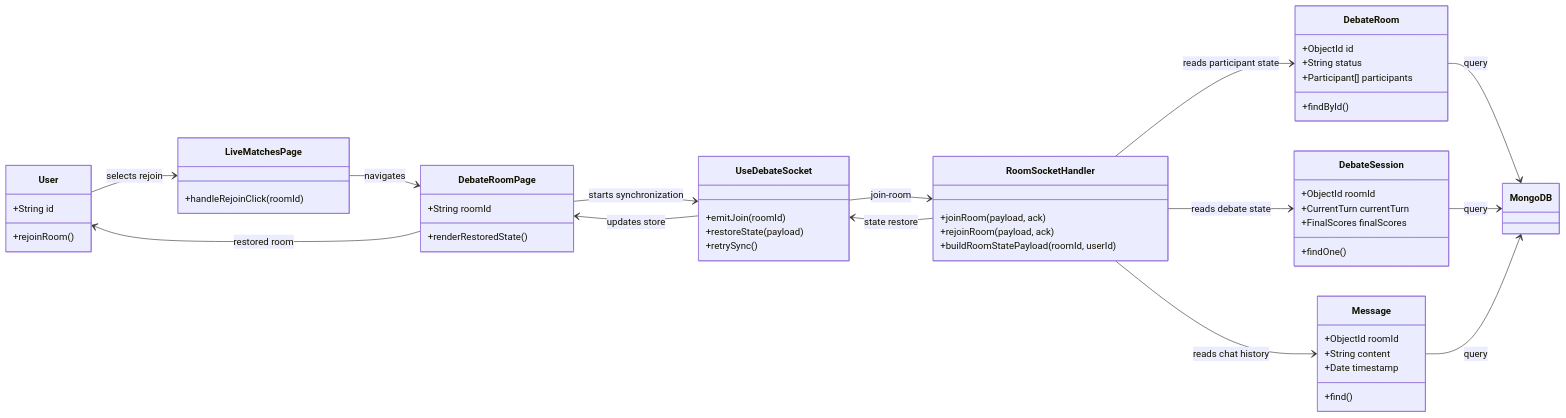
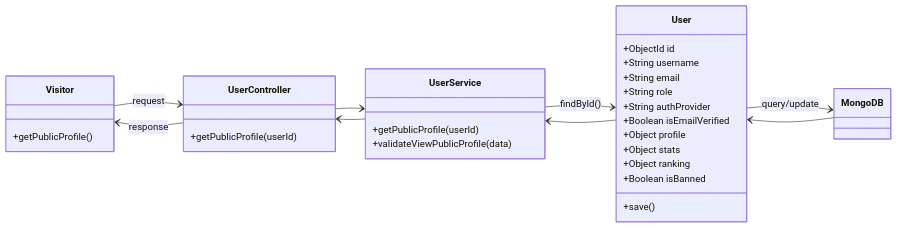
Diagram 17 of 60 in docs/19_Detailed_Design.md (SUMMER2026SE/wdp301-rbl-project-wdp_se18d08_group-5), drawn with Mermaid before and after one commit. The commit also changed other lines of this file, not shown here.

````diff
--- a/docs/19_Detailed_Design.md
+++ b/docs/19_Detailed_Design.md
@@ -995,67 +1154,42 @@
 ```mermaid
 classDiagram
 direction LR
 
-class User {
-    +String id
-    +rejoinRoom()
+class Visitor {
+    +getPublicProfile()
 }
 
-class LiveMatchesPage {
-    +handleRejoinClick(roomId)
+class UserController {
+    +getPublicProfile(userId)
 }
 
-class DebateRoomPage {
-    +String roomId
-    +renderRestoredState()
+class UserService {
+    +getPublicProfile(userId)
+    +validateViewPublicProfile(data)
 }
 
-class UseDebateSocket {
-    +emitJoin(roomId)
-    +restoreState(payload)
-    +retrySync()
-}
-
-class RoomSocketHandler {
-    +joinRoom(payload, ack)
-    +rejoinRoom(payload, ack)
-    +buildRoomStatePayload(roomId, userId)
-}
-
-class DebateRoom {
+class User {
     +ObjectId id
-    +String status
-    +Participant[] participants
-    +findById()
-}
-
-class DebateSession {
-    +ObjectId roomId
-    +CurrentTurn currentTurn
-    +FinalScores finalScores
-    +findOne()
-}
-
-class Message {
-    +ObjectId roomId
-    +String content
-    +Date timestamp
-    +find()
+    +String username
+    +String email
+    +String role
+    +String authProvider
+    +Boolean isEmailVerified
+    +Object profile
+    +Object stats
+    +Object ranking
+    +Boolean isBanned
+    +save()
 }
 
 class MongoDB
 
-User --> LiveMatchesPage : selects rejoin
-LiveMatchesPage --> DebateRoomPage : navigates
-DebateRoomPage --> UseDebateSocket : starts synchronization
-UseDebateSocket --> RoomSocketHandler : join-room
-RoomSocketHandler --> DebateRoom : reads participant state
-RoomSocketHandler --> DebateSession : reads debate state
-RoomSocketHandler --> Message : reads chat history
-DebateRoom --> MongoDB : query
-DebateSession --> MongoDB : query
-Message --> MongoDB : query
-RoomSocketHandler --> UseDebateSocket : state restore
-UseDebateSocket --> DebateRoomPage : updates store
-DebateRoomPage --> User : restored room
+Visitor --> UserController : request
+UserController --> UserService
+UserService --> User : findById()
+User --> MongoDB : query/update
+MongoDB --> User
+User --> UserService
+UserService --> UserController
+UserController --> Visitor : response
 ```
````
